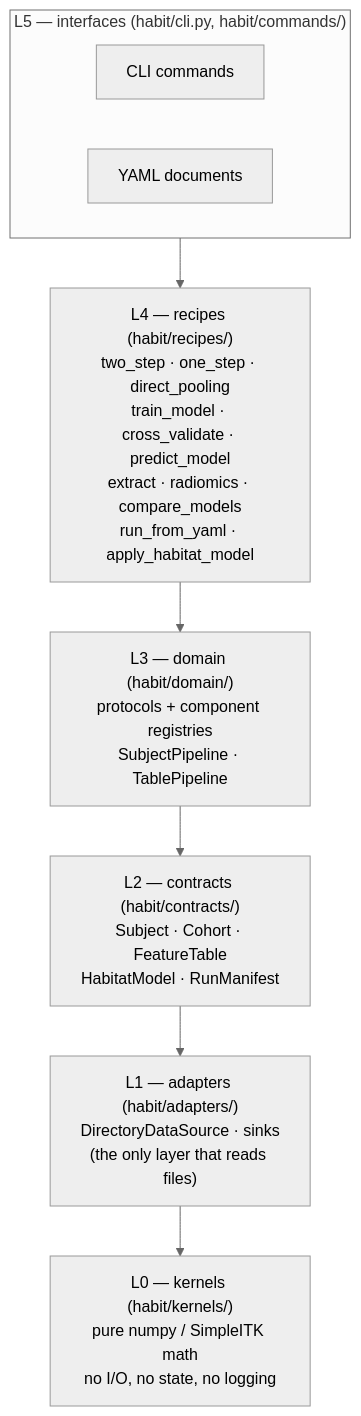
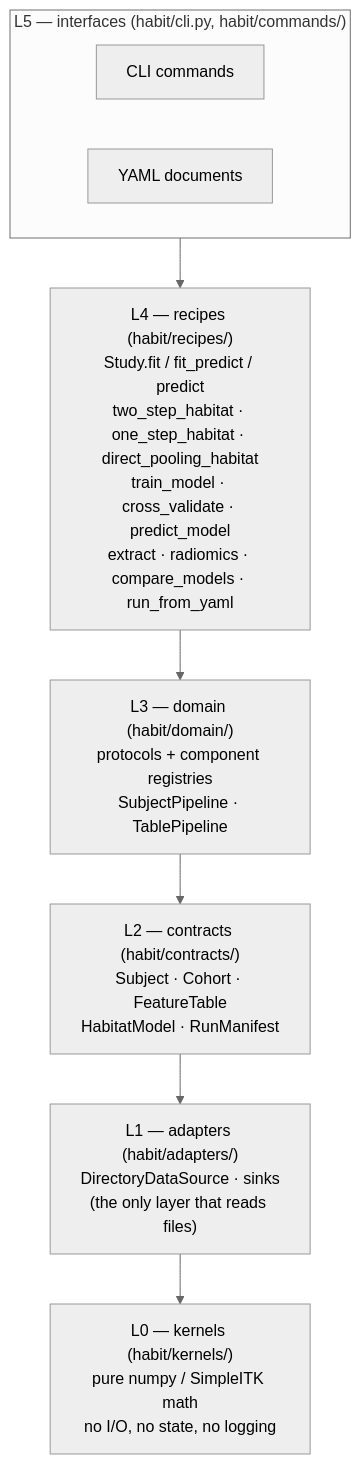
The first of 3 diagrams in docs/source/development/architecture.rst (lichao312214129/HABIT), drawn with Mermaid (neutral theme) before and after one commit. The commit also changed other lines of this file and 22 other files, not shown here.

First line of the commit message:
docs: teach Study.fit/predict as the primary habitat API

```diff
--- a/docs/source/development/architecture.rst
+++ b/docs/source/development/architecture.rst
@@ -31,18 +31,18 @@
 .. mermaid::
 
    flowchart TD
      subgraph L5["L5 — interfaces (habit/cli.py, habit/commands/)"]
        CLI["CLI commands"]
        YAML["YAML documents"]
      end
-     L4["L4 — recipes (habit/recipes/)<br/>two_step · one_step · direct_pooling<br/>train_model · cross_validate · predict_model<br/>extract · radiomics · compare_models<br/>run_from_yaml · apply_habitat_model"]
+     L4["L4 — recipes (habit/recipes/)<br/>Study.fit / fit_predict / predict<br/>two_step_habitat · one_step_habitat · direct_pooling_habitat<br/>train_model · cross_validate · predict_model<br/>extract · radiomics · compare_models · run_from_yaml"]
      L3["L3 — domain (habit/domain/)<br/>protocols + component registries<br/>SubjectPipeline · TablePipeline"]
      L2["L2 — contracts (habit/contracts/)<br/>Subject · Cohort · FeatureTable<br/>HabitatModel · RunManifest"]
      L1["L1 — adapters (habit/adapters/)<br/>DirectoryDataSource · sinks<br/>(the only layer that reads files)"]
      L0["L0 — kernels (habit/kernels/)<br/>pure numpy / SimpleITK math<br/>no I/O, no state, no logging"]
 
      L5 --> L4
      L4 --> L3
      L3 --> L2
      L2 --> L1
      L1 --> L0
```
